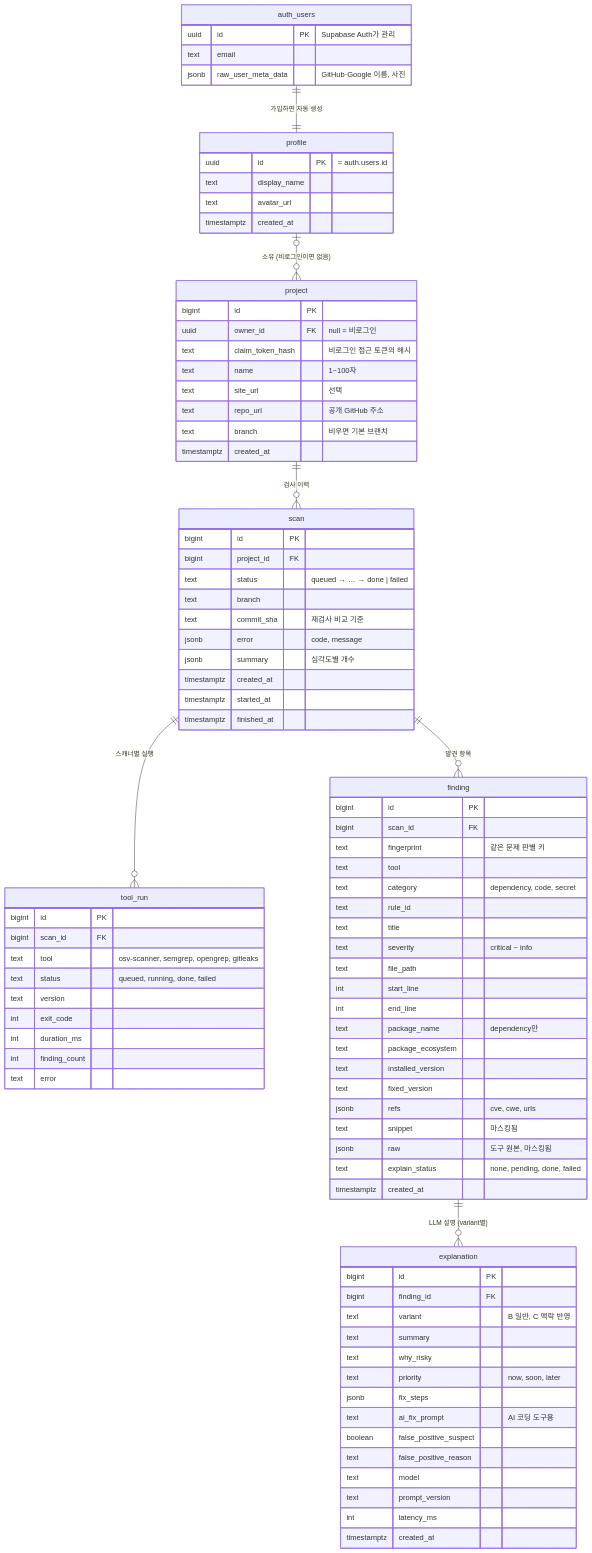
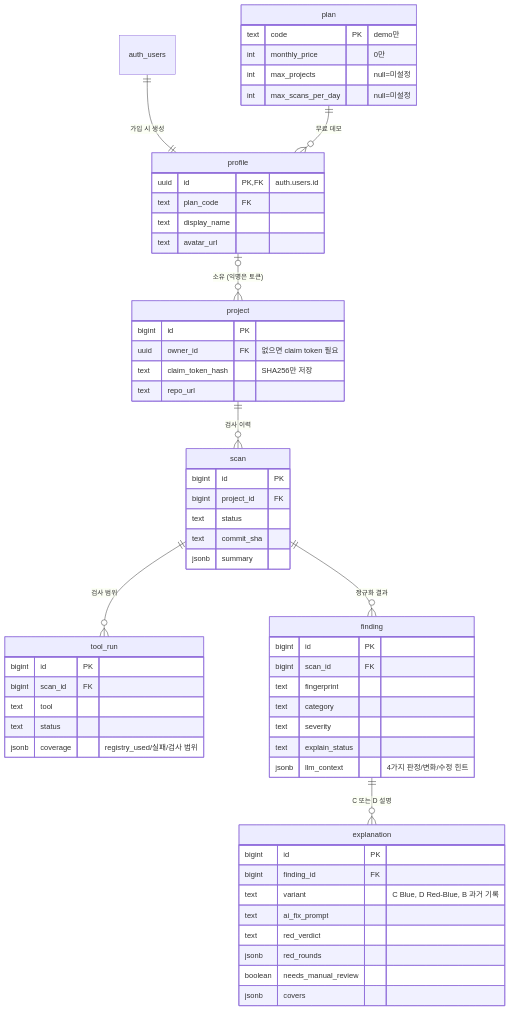
Before and after one commit to maebsy/YMCA-hackathon-2026: the diagram in docs/db-erd.md, drawn with Mermaid. The commit also changed other lines of this file and 4 other files, not shown here.

````diff
--- a/docs/db-erd.md
+++ b/docs/db-erd.md
@@ -16,92 +7,61 @@
 ```mermaid
 erDiagram
-    auth_users ||--|| profile : "가입하면 자동 생성"
-    profile |o--o{ project : "소유 (비로그인이면 없음)"
+    auth_users ||--|| profile : "가입 시 생성"
+    plan ||--o{ profile : "무료 데모"
+    profile |o--o{ project : "소유 (익명은 토큰)"
     project ||--o{ scan : "검사 이력"
-    scan ||--o{ tool_run : "스캐너별 실행"
-    scan ||--o{ finding : "발견 항목"
-    finding ||--o{ explanation : "LLM 설명 (variant별)"
-
-    auth_users {
-        uuid id PK "Supabase Auth가 관리"
-        text email
-        jsonb raw_user_meta_data "GitHub·Google 이름, 사진"
+    scan ||--o{ tool_run : "검사 범위"
+    scan ||--o{ finding : "정규화 결과"
+    finding ||--o{ explanation : "C 또는 D 설명"
+    plan {
+        text code PK "demo만"
+        int monthly_price "0만"
+        int max_projects "null=미설정"
+        int max_scans_per_day "null=미설정"
     }
     profile {
-        uuid id PK "= auth.users.id"
+        uuid id PK,FK "auth.users.id"
+        text plan_code FK
         text display_name
         text avatar_url
-        timestamptz created_at
     }
     project {
         bigint id PK
-        uuid owner_id FK "null = 비로그인"
-        text claim_token_hash "비로그인 접근 토큰의 해시"
-        text name "1~100자"
-        text site_url "선택"
-        text repo_url "공개 GitHub 주소"
-        text branch "비우면 기본 브랜치"
-        timestamptz created_at
+        uuid owner_id FK "없으면 claim token 필요"
+        text claim_token_hash "SHA256만 저장"
+        text repo_url
     }
     scan {
         bigint id PK
         bigint project_id FK
-        text status "queued → … → done | failed"
-        text branch
-        text commit_sha "재검사 비교 기준"
-        jsonb error "code, message"
-        jsonb summary "심각도별 개수"
-        timestamptz created_at
-        timestamptz started_at
-        timestamptz finished_at
+        text status
+        text commit_sha
+        jsonb summary
     }
     tool_run {
         bigint id PK
         bigint scan_id FK
-        text tool "osv-scanner, semgrep, opengrep, gitleaks"
-        text status "queued, running, done, failed"
-        text version
-        int exit_code
-        int duration_ms
-        int finding_count
-        text error
+        text tool
+        text status
+        jsonb coverage "registry_used/실패/검사 범위"
     }
     finding {
         bigint id PK
         bigint scan_id FK
-        text fingerprint "같은 문제 판별 키"
-        text tool
-        text category "dependency, code, secret"
-        text rule_id
-        text title
-        text severity "critical ~ info"
-        text file_path
-        int start_line
-        int end_line
-        text package_name "dependency만"
-        text package_ecosystem
-        text installed_version
-        text fixed_version
-        jsonb refs "cve, cwe, urls"
-        text snippet "마스킹됨"
-        jsonb raw "도구 원본, 마스킹됨"
-        text explain_status "none, pending, done, failed"
-        timestamptz created_at
+        text fingerprint
+        text category
+        text severity
+        text explain_status
+        jsonb llm_context "4가지 판정/변화/수정 힌트"
     }
     explanation {
         bigint id PK
         bigint finding_id FK
-        text variant "B 일반, C 맥락 반영"
-        text summary
-        text why_risky
-        text priority "now, soon, later"
-        jsonb fix_steps
-        text ai_fix_prompt "AI 코딩 도구용"
-        boolean false_positive_suspect
-        text false_positive_reason
-        text model
-        text prompt_version
-        int latency_ms
-        timestamptz created_at
+        text variant "C Blue, D Red-Blue, B 과거 기록"
+        text ai_fix_prompt
+        text red_verdict
+        jsonb red_rounds
+        boolean needs_manual_review
+        jsonb covers
     }
 ```
````
